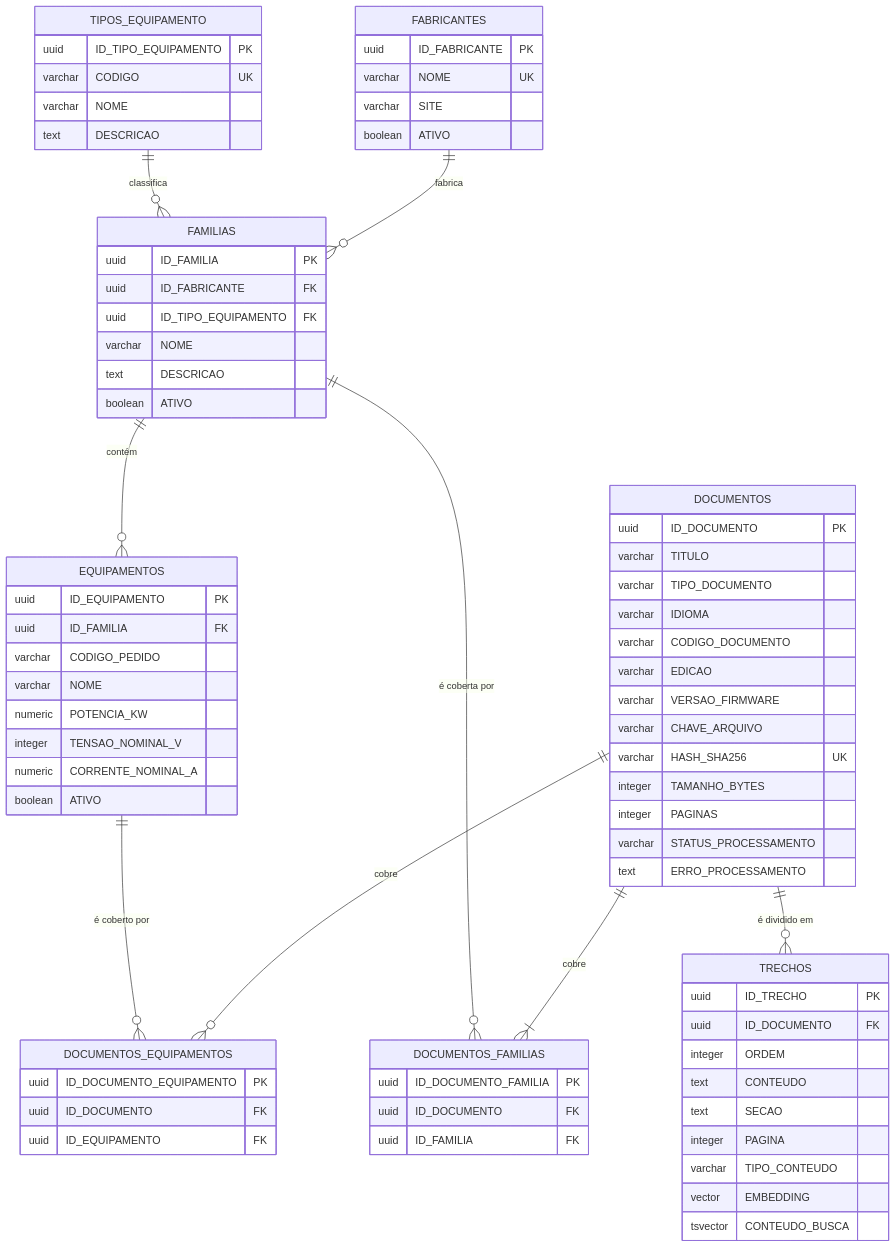
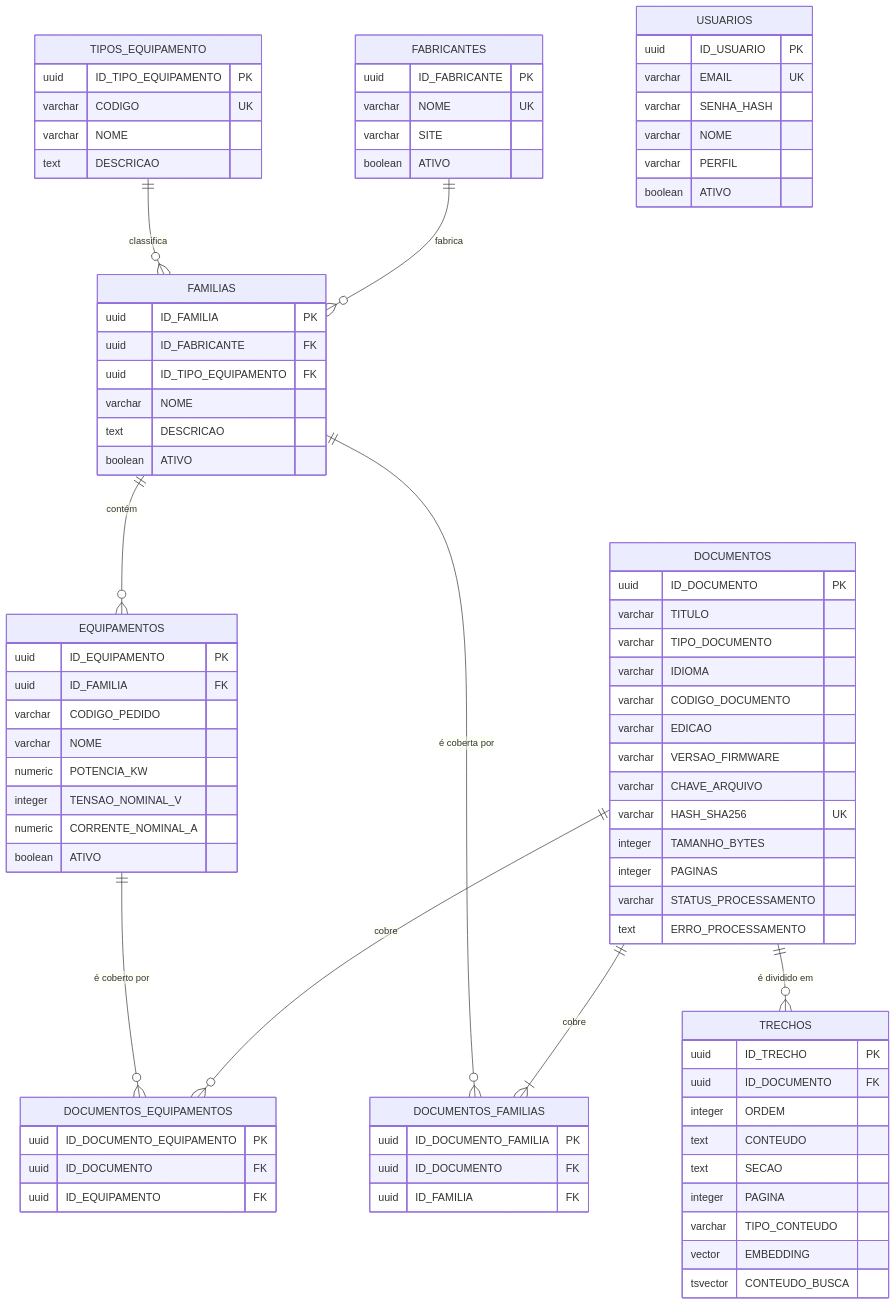
Before and after one commit to LucasDuarteAugusto/AutomacaoIndustrial: the diagram in docs/02-banco-de-dados.md, drawn with Mermaid. The commit also changed other lines of this file and 28 other files, not shown here.

````diff
--- a/docs/02-banco-de-dados.md
+++ b/docs/02-banco-de-dados.md
@@ -81,4 +81,12 @@
         vector EMBEDDING
         tsvector CONTEUDO_BUSCA
     }
+    USUARIOS {
+        uuid ID_USUARIO PK
+        varchar EMAIL UK
+        varchar SENHA_HASH
+        varchar NOME
+        varchar PERFIL
+        boolean ATIVO
+    }
 ```
````
